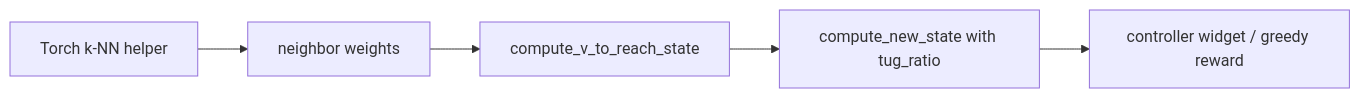
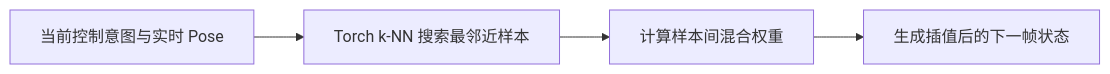
Before and after one commit to EvihGraphics/AnimationTech-HTC: the sixth of 9 diagrams in docs/blog/AnimationPapers/motion_fields_for_interactive_character_animation/README.md, drawn with Mermaid. The commit also changed other lines of this file and 17 other files, not shown here.

Commit message:
docs(blog): standardize AnimationPapers and Theory with modular mermaid flows and media assets

````diff
--- a/docs/blog/AnimationPapers/motion_fields_for_interactive_character_animation/README.md
+++ b/docs/blog/AnimationPapers/motion_fields_for_interactive_character_animation/README.md
@@ -82,7 +129,6 @@
 ```mermaid
 flowchart LR
-    K[Torch k-NN helper] --> W[neighbor weights]
-    W --> I[compute_v_to_reach_state]
-    I --> N[compute_new_state with tug_ratio]
-    N --> C[controller widget / greedy reward]
+    A[当前控制意图与实时 Pose] --> B[Torch k-NN 搜索最邻近样本]
+    B --> C[计算样本间混合权重]
+    C --> D[生成插值后的下一帧状态]
 ```
````
